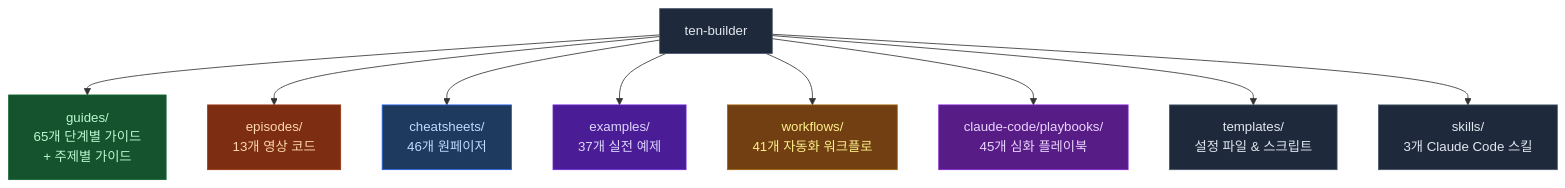
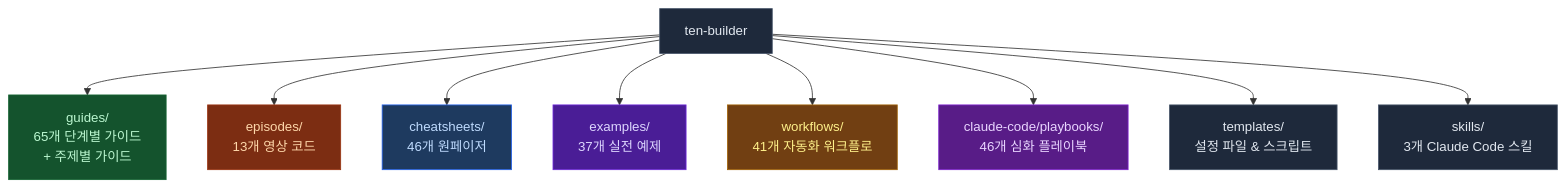
The first of 2 diagrams in README.md (ten-builder/ten-builder), drawn with Mermaid before and after one commit. The commit also changed other lines of this file, not shown here.

Commit message:
docs: README sync -- add playbook 52 specialist-agent-roles

````diff
--- a/README.md
+++ b/README.md
@@ -23,21 +23,21 @@
 ```mermaid
 flowchart TD
     R["ten-builder"] --> G["guides/\n65개 단계별 가이드\n+ 주제별 가이드"]
     R --> E["episodes/\n13개 영상 코드"]
     R --> C["cheatsheets/\n46개 원페이저"]
     R --> EX["examples/\n37개 실전 예제"]
     R --> W["workflows/\n41개 자동화 워크플로"]
-    R --> P["claude-code/playbooks/\n45개 심화 플레이북"]
+    R --> P["claude-code/playbooks/\n46개 심화 플레이북"]
     R --> T["templates/\n설정 파일 & 스크립트"]
     R --> S["skills/\n3개 Claude Code 스킬"]
 
     style R fill:#1e293b,stroke:#475569,color:#e2e8f0
     style G fill:#14532d,stroke:#166534,color:#bbf7d0
     style E fill:#7c2d12,stroke:#9a3412,color:#fed7aa
     style C fill:#1e3a5f,stroke:#2563eb,color:#bfdbfe
     style EX fill:#4a1d96,stroke:#6d28d9,color:#ddd6fe
     style W fill:#713f12,stroke:#a16207,color:#fef08a
     style P fill:#581c87,stroke:#7e22ce,color:#e9d5ff
     style T fill:#1e293b,stroke:#475569,color:#e2e8f0
     style S fill:#1e293b,stroke:#475569,color:#e2e8f0
 ```
````
